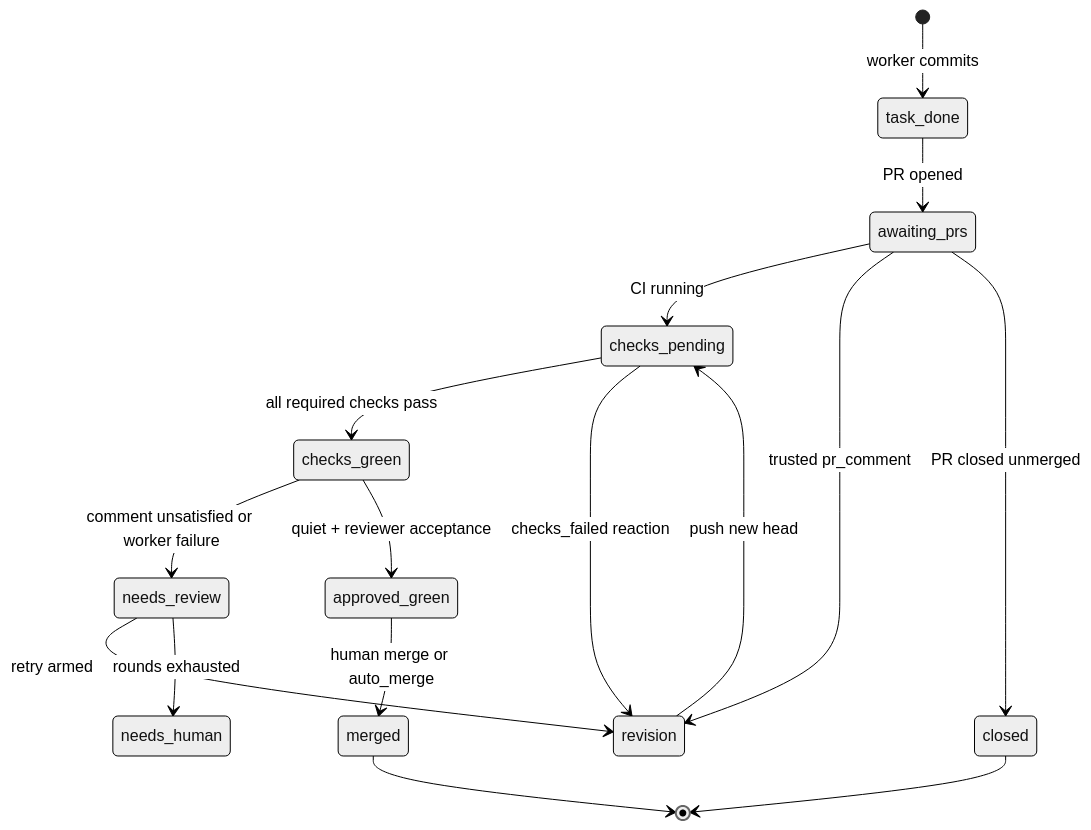
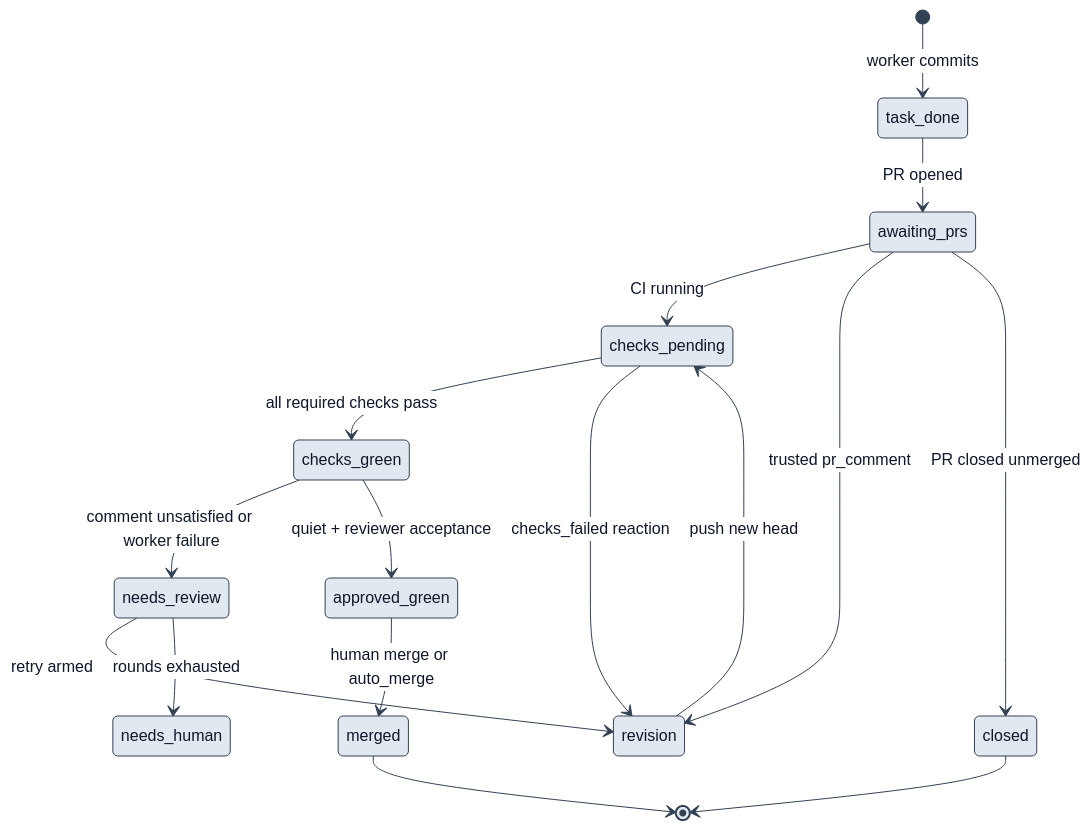
The fourth of 5 diagrams in README.md (AmartyaKumar11/TreeFleet), drawn with Mermaid before and after one commit. The commit also changed other lines of this file and 10 other files, not shown here.

Commit message:
docs: improve diagram contrast and drop AO comparison from README.

````diff
--- a/README.md
+++ b/README.md
@@ -231,19 +231,20 @@
 ```mermaid
-%%{init: {'theme': 'neutral'}}%%
+%%{init: {'theme': 'base', 'themeVariables': {'background': '#ffffff', 'primaryColor': '#e2e8f0', 'primaryTextColor': '#0f172a', 'primaryBorderColor': '#334155', 'lineColor': '#334155', 'secondaryColor': '#f1f5f9', 'tertiaryColor': '#ffffff', 'clusterBkg': '#f1f5f9', 'clusterBorder': '#334155', 'edgeLabelBackground': '#ffffff', 'signalColor': '#334155', 'actorBorder': '#334155'}}}%%
 stateDiagram-v2
+  direction TB
   [*] --> task_done: worker commits
   task_done --> awaiting_prs: PR opened
   awaiting_prs --> checks_pending: CI running
   checks_pending --> checks_green: all required checks pass
   checks_pending --> revision: checks_failed reaction
   awaiting_prs --> revision: trusted pr_comment
   revision --> checks_pending: push new head
   checks_green --> needs_review: comment unsatisfied or worker failure
   checks_green --> approved_green: quiet + reviewer acceptance
   approved_green --> merged: human merge or auto_merge
   awaiting_prs --> closed: PR closed unmerged
   merged --> [*]
   closed --> [*]
   needs_review --> revision: retry armed
   needs_review --> needs_human: rounds exhausted
 ```
````
